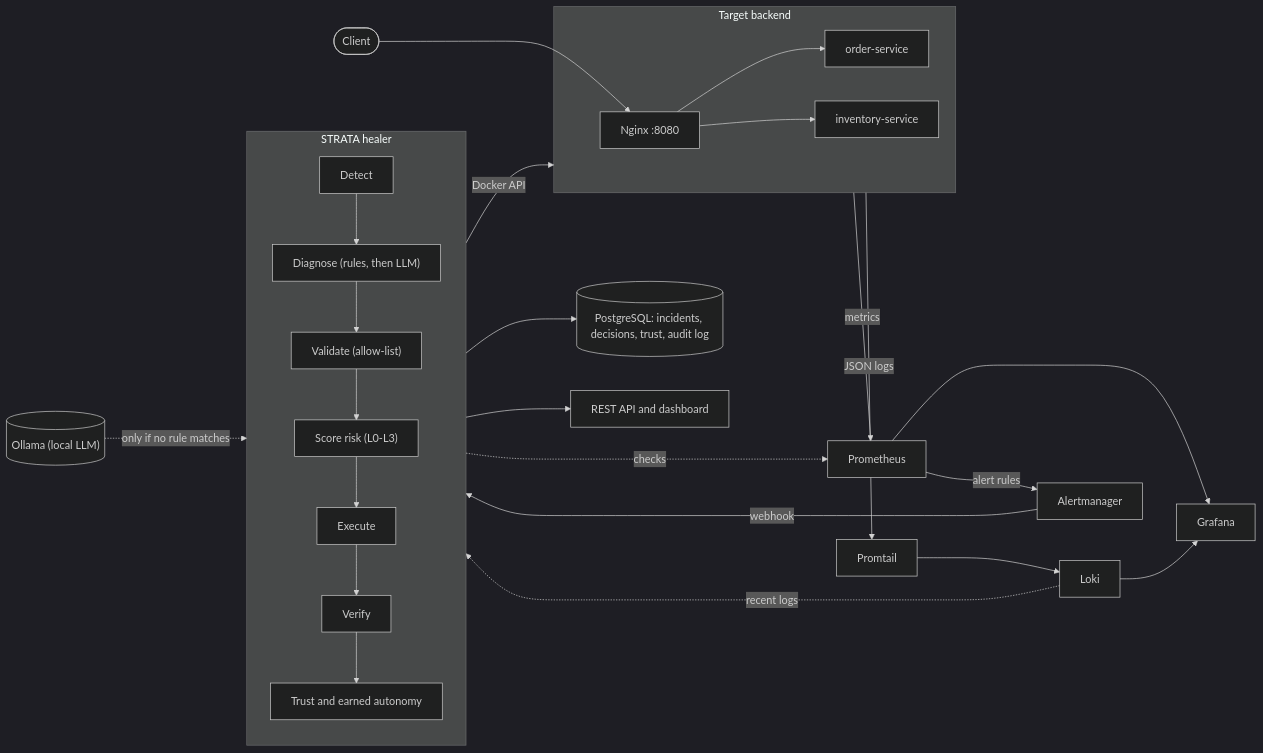
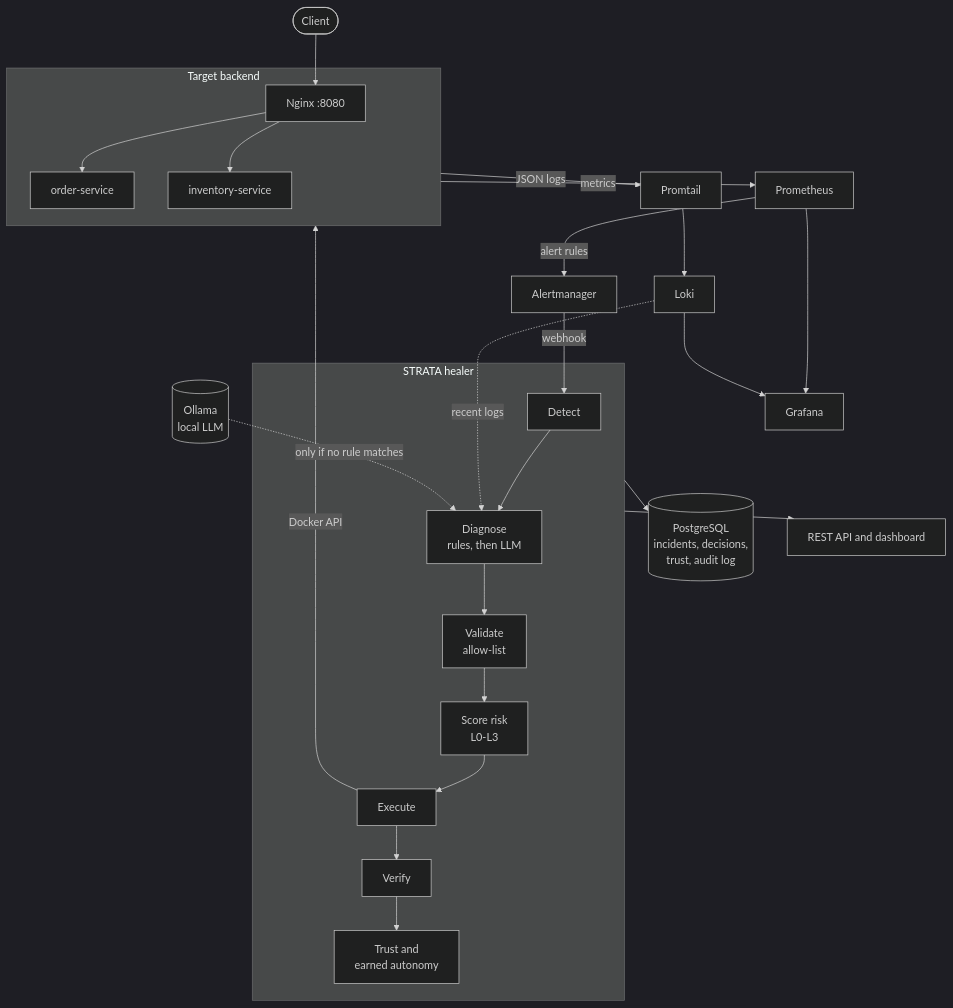
The first of 2 diagrams in README.md (saahiwrite/strata), drawn with Mermaid (dark theme) before and after one commit.

Commit message:
README: architecture diagram top to bottom again, without doubled labels

````diff
--- a/README.md
+++ b/README.md
@@ -22,25 +22,23 @@
 ```mermaid
-flowchart LR
+flowchart TB
     client([Client]) --> nginx[Nginx :8080]
     subgraph target[Target backend]
         nginx --> order[order-service]
         nginx --> inventory[inventory-service]
     end
     target -- metrics --> prom[Prometheus]
     target -- JSON logs --> promtail[Promtail] --> loki[Loki]
     prom -- alert rules --> am[Alertmanager]
     am -- webhook --> detect
     subgraph healer[STRATA healer]
-        direction TB
-        detect[Detect] --> diagnose["Diagnose (rules, then LLM)"] --> validate["Validate (allow-list)"]
-        validate --> score["Score risk (L0-L3)"] --> execute[Execute] --> verify[Verify] --> learn[Trust and earned autonomy]
+        detect[Detect] --> diagnose["Diagnose<br/>rules, then LLM"] --> validate["Validate<br/>allow-list"] --> score["Score risk<br/>L0-L3"]
+        score --> execute[Execute] --> verify[Verify] --> learn["Trust and<br/>earned autonomy"]
     end
     loki -. recent logs .-> diagnose
-    ollama[("Ollama (local LLM)")] -. only if no rule matches .-> diagnose
+    ollama[("Ollama<br/>local LLM")] -. only if no rule matches .-> diagnose
     execute -- Docker API --> target
-    verify -. checks .-> prom
-    healer --> pg[("PostgreSQL: incidents, decisions, trust, audit log")]
+    healer --> pg[("PostgreSQL<br/>incidents, decisions,<br/>trust, audit log")]
     healer --> api[REST API and dashboard]
     prom --> grafana[Grafana]
     loki --> grafana
 ```
````
